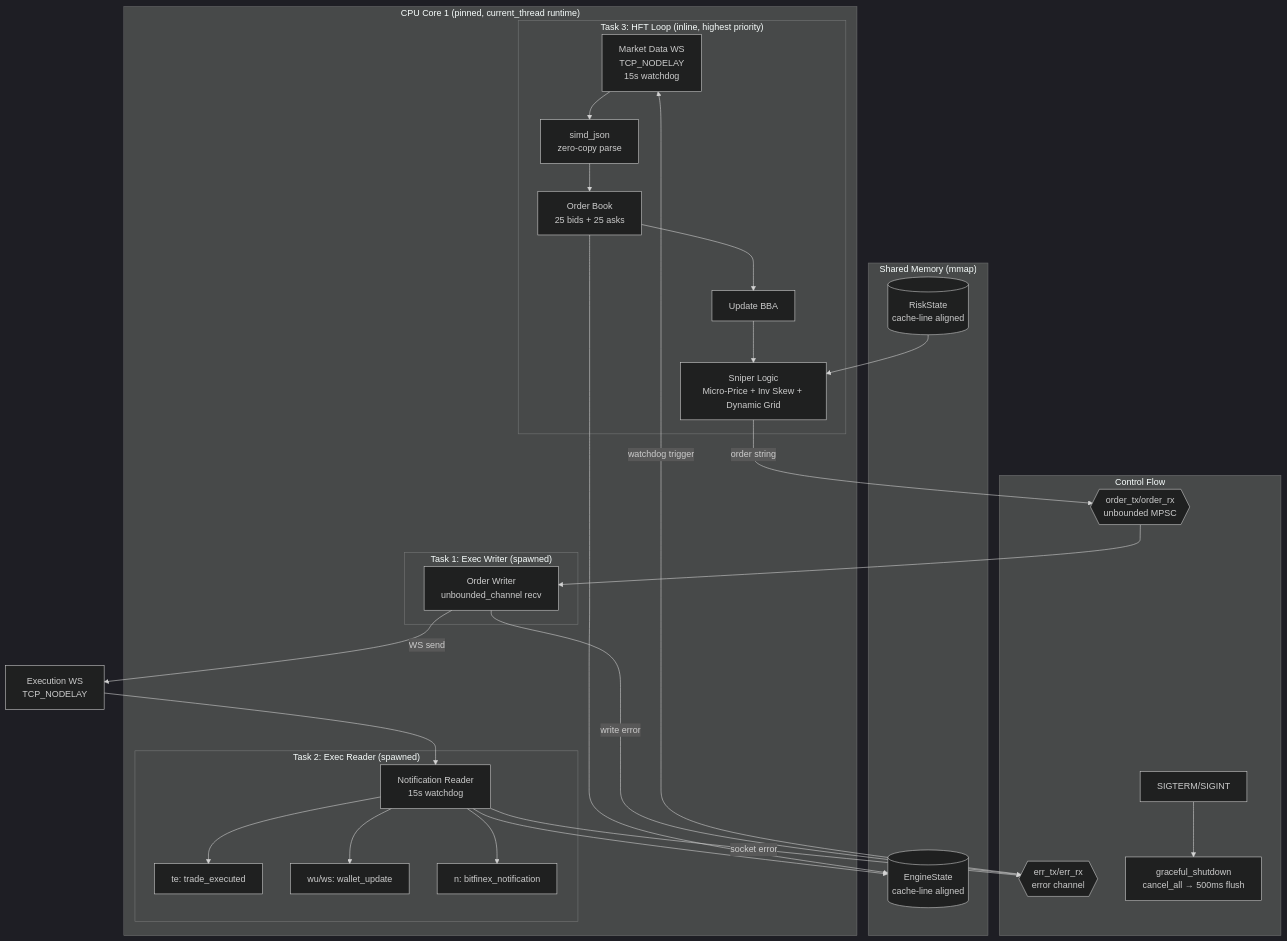
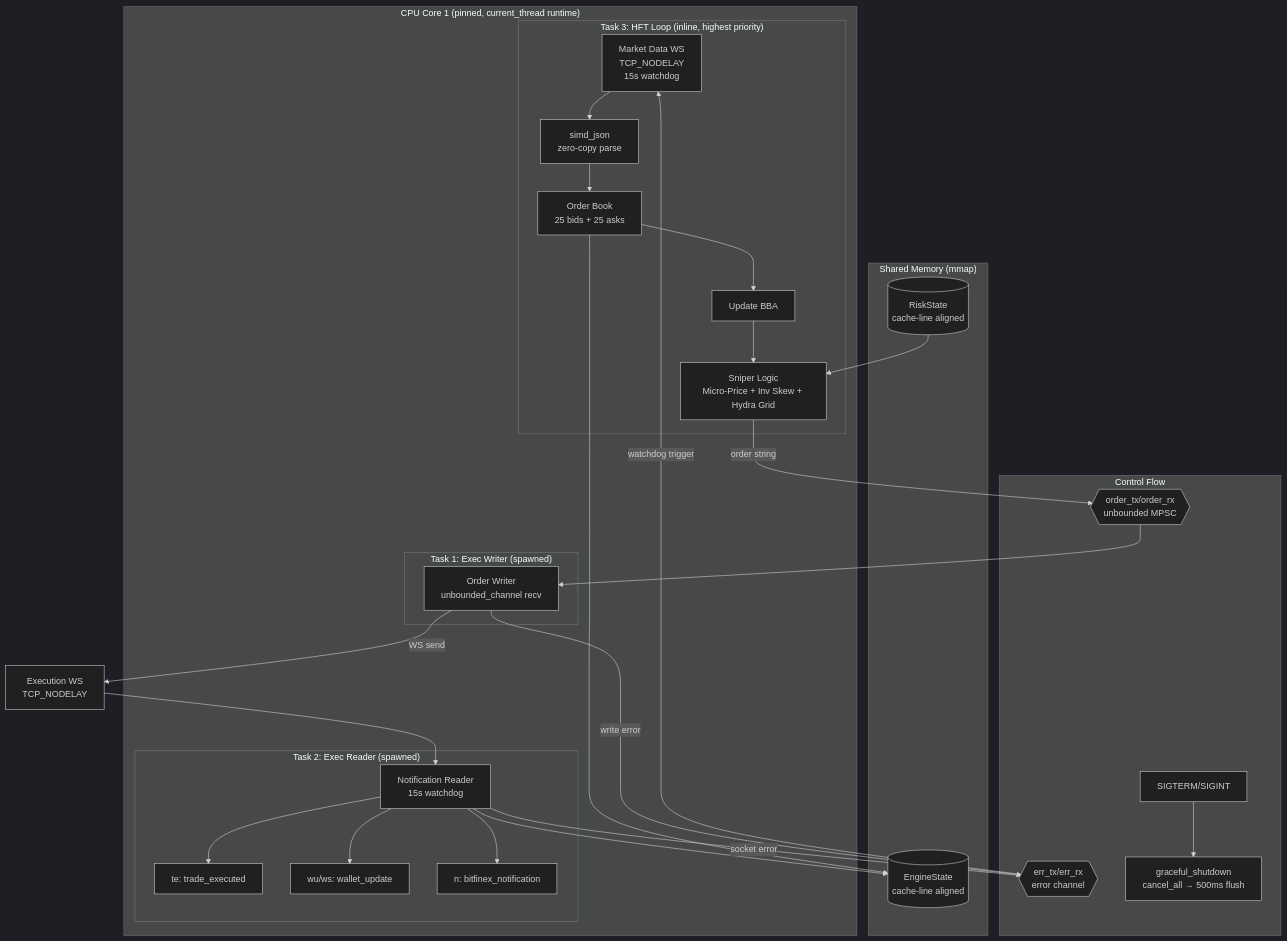
One commit to VaclavSercl/sniper changed the diagram in ARCHITECTURE.md. Above: the diagram before and after it, drawn with Mermaid (dark theme). The commit also changed other lines of this file and 4 other files, not shown here.

````diff
--- a/ARCHITECTURE.md
+++ b/ARCHITECTURE.md
@@ -7,43 +46,43 @@
 ```mermaid
 graph TB
     subgraph "CPU Core 1 (pinned, current_thread runtime)"
         subgraph "Task 3: HFT Loop (inline, highest priority)"
             WS_PUB[Market Data WS<br/>TCP_NODELAY<br/>15s watchdog] --> PARSE[simd_json<br/>zero-copy parse]
             PARSE --> BOOK[Order Book<br/>25 bids + 25 asks]
             BOOK --> BBA[Update BBA]
-            BBA --> SNIPER["Sniper Logic<br/>Micro-Price + Inv Skew + Dynamic Grid"]
+            BBA --> SNIPER["Sniper Logic<br/>Micro-Price + Inv Skew + Hydra Grid"]
         end
         subgraph "Task 1: Exec Writer (spawned)"
             WRITER[Order Writer<br/>unbounded_channel recv]
         end
         subgraph "Task 2: Exec Reader (spawned)"
             READER[Notification Reader<br/>15s watchdog] --> TE[te: trade_executed]
             READER --> WU[wu/ws: wallet_update]
             READER --> N[n: bitfinex_notification]
         end
     end
 
     subgraph "Shared Memory (mmap)"
         ES[(EngineState<br/>cache-line aligned)]
         RS[(RiskState<br/>cache-line aligned)]
     end
 
     subgraph "Control Flow"
         ERR_CH{{err_tx/err_rx<br/>error channel}}
         ORD_CH{{order_tx/order_rx<br/>unbounded MPSC}}
         SIGTERM[SIGTERM/SIGINT] --> SHUTDOWN[graceful_shutdown<br/>cancel_all → 500ms flush]
     end
 
     SNIPER -->|order string| ORD_CH
     ORD_CH --> WRITER
     WRITER -->|WS send| WS_PRIV[Execution WS<br/>TCP_NODELAY]
     WS_PRIV --> READER
 
     BOOK --> ES
     READER --> ES
     RS --> SNIPER
 
     READER -->|socket error| ERR_CH
     WRITER -->|write error| ERR_CH
     ERR_CH -->|watchdog trigger| WS_PUB
 ```
````
